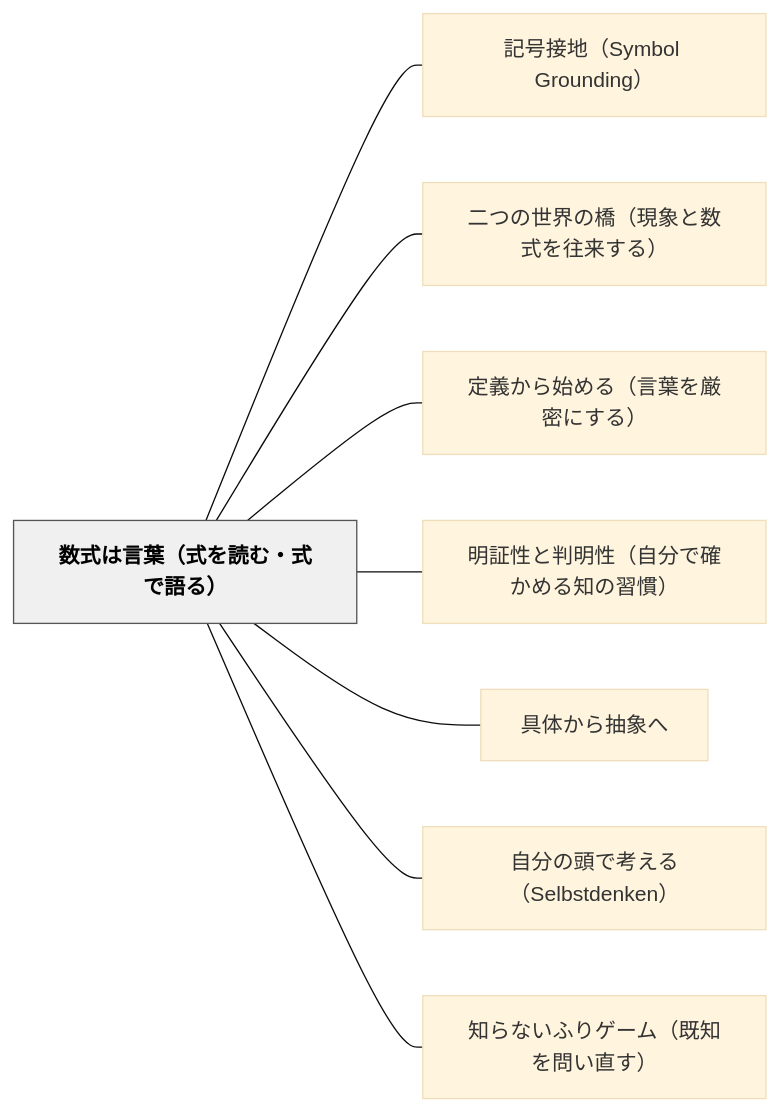
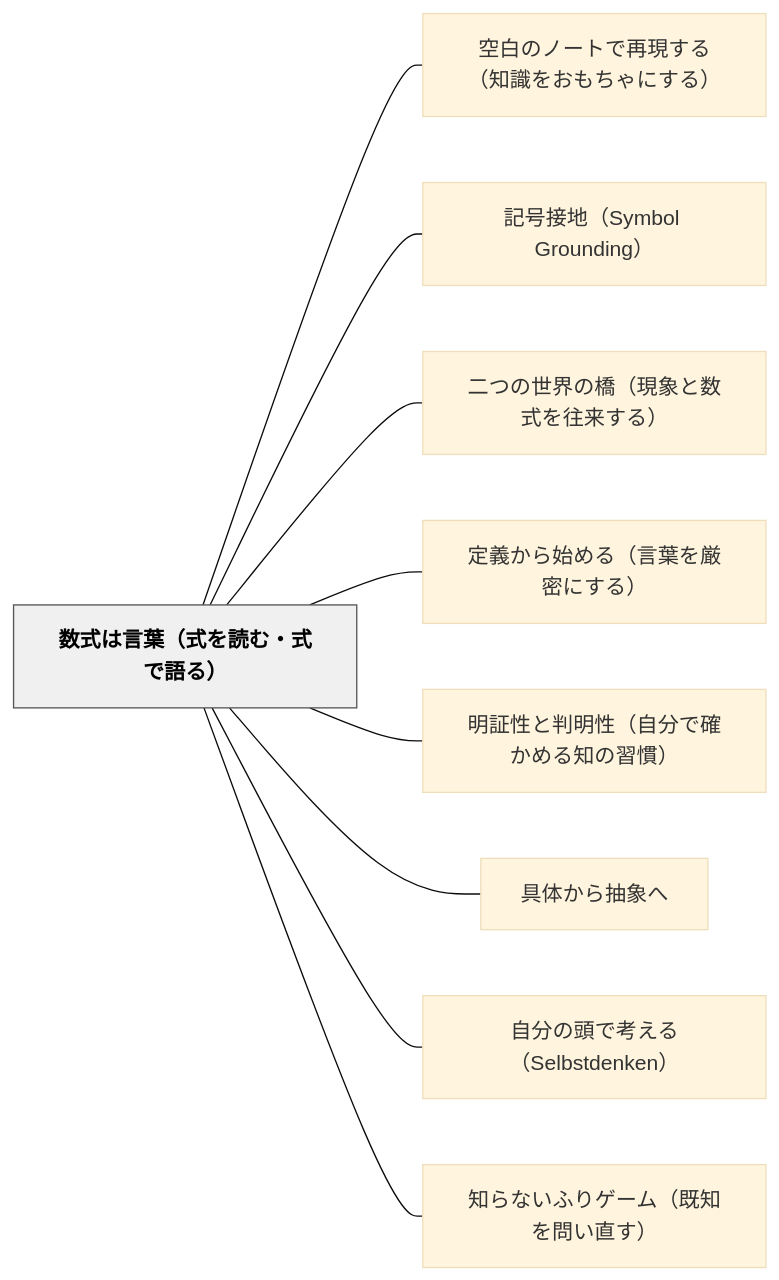
Before and after one commit to unknownthings-ed-patterns/unknownthings-ed-patterns: the diagram in content/パタン/数式は言葉（式を読む・式で語る）.md, drawn with Mermaid (base theme). The commit also changed other lines of this file and 185 other files, not shown here.

````diff
--- a/content/パタン/数式は言葉（式を読む・式で語る）.md
+++ b/content/パタン/数式は言葉（式を読む・式で語る）.md
@@ -116,22 +117,24 @@
 ```mermaid
 flowchart LR
     ne695b0e5bc8fe381afe8a880e89189efbc88e5bc8fe38292e8aaade38280e383bbe5bc8fe381a7e8aa9ee3828befbc89["数式は言葉（式を読む・式で語る）"]
+    ne7a9bae799bde381aee3838ee383bce38388e381a7e5868de78fbee38199e3828befbc88e79fa5e8ad98e38292e3818ae38282e381a1e38283e381abe38199e3828befbc89["空白のノートで再現する（知識をおもちゃにする）"]
     ne8a898e58fb7e68ea5e59cb0efbc8853796d626f6c2047726f756e64696e67efbc89["記号接地（Symbol Grounding）"]
     ne4ba8ce381a4e381aee4b896e7958ce381aee6a98befbc88e78fbee8b1a1e381a8e695b0e5bc8fe38292e5be80e69da5e38199e3828befbc89["二つの世界の橋（現象と数式を往来する）"]
     ne5ae9ae7bea9e3818be38289e5a78be38281e3828befbc88e8a880e89189e38292e58eb3e5af86e381abe38199e3828befbc89["定義から始める（言葉を厳密にする）"]
     ne6988ee8a8bce680a7e381a8e588a4e6988ee680a7efbc88e887aae58886e381a7e7a2bae3818be38281e3828be79fa5e381aee7bf92e685a3efbc89["明証性と判明性（自分で確かめる知の習慣）"]
     ne585b7e4bd93e3818be38289e68abde8b1a1e381b8["具体から抽象へ"]
     ne887aae58886e381aee9a0ade381a7e88083e38188e3828befbc8853656c62737464656e6b656eefbc89["自分の頭で考える（Selbstdenken）"]
     ne79fa5e38289e381aae38184e381b5e3828ae382b2e383bce383a0efbc88e697a2e79fa5e38292e5958fe38184e79bb4e38199efbc89["知らないふりゲーム（既知を問い直す）"]
 
+    ne695b0e5bc8fe381afe8a880e89189efbc88e5bc8fe38292e8aaade38280e383bbe5bc8fe381a7e8aa9ee3828befbc89 --- ne7a9bae799bde381aee3838ee383bce38388e381a7e5868de78fbee38199e3828befbc88e79fa5e8ad98e38292e3818ae38282e381a1e38283e381abe38199e3828befbc89
     ne695b0e5bc8fe381afe8a880e89189efbc88e5bc8fe38292e8aaade38280e383bbe5bc8fe381a7e8aa9ee3828befbc89 --- ne8a898e58fb7e68ea5e59cb0efbc8853796d626f6c2047726f756e64696e67efbc89
     ne695b0e5bc8fe381afe8a880e89189efbc88e5bc8fe38292e8aaade38280e383bbe5bc8fe381a7e8aa9ee3828befbc89 --- ne4ba8ce381a4e381aee4b896e7958ce381aee6a98befbc88e78fbee8b1a1e381a8e695b0e5bc8fe38292e5be80e69da5e38199e3828befbc89
     ne695b0e5bc8fe381afe8a880e89189efbc88e5bc8fe38292e8aaade38280e383bbe5bc8fe381a7e8aa9ee3828befbc89 --- ne5ae9ae7bea9e3818be38289e5a78be38281e3828befbc88e8a880e89189e38292e58eb3e5af86e381abe38199e3828befbc89
     ne695b0e5bc8fe381afe8a880e89189efbc88e5bc8fe38292e8aaade38280e383bbe5bc8fe381a7e8aa9ee3828befbc89 --- ne6988ee8a8bce680a7e381a8e588a4e6988ee680a7efbc88e887aae58886e381a7e7a2bae3818be38281e3828be79fa5e381aee7bf92e685a3efbc89
     ne695b0e5bc8fe381afe8a880e89189efbc88e5bc8fe38292e8aaade38280e383bbe5bc8fe381a7e8aa9ee3828befbc89 --- ne585b7e4bd93e3818be38289e68abde8b1a1e381b8
     ne695b0e5bc8fe381afe8a880e89189efbc88e5bc8fe38292e8aaade38280e383bbe5bc8fe381a7e8aa9ee3828befbc89 --- ne887aae58886e381aee9a0ade381a7e88083e38188e3828befbc8853656c62737464656e6b656eefbc89
     ne695b0e5bc8fe381afe8a880e89189efbc88e5bc8fe38292e8aaade38280e383bbe5bc8fe381a7e8aa9ee3828befbc89 --- ne79fa5e38289e381aae38184e381b5e3828ae382b2e383bce383a0efbc88e697a2e79fa5e38292e5958fe38184e79bb4e38199efbc89
 
     classDef hub fill:#f0f0f0,stroke:#555,color:#000,font-weight:bold
     class ne695b0e5bc8fe381afe8a880e89189efbc88e5bc8fe38292e8aaade38280e383bbe5bc8fe381a7e8aa9ee3828befbc89 hub
 ```
````
